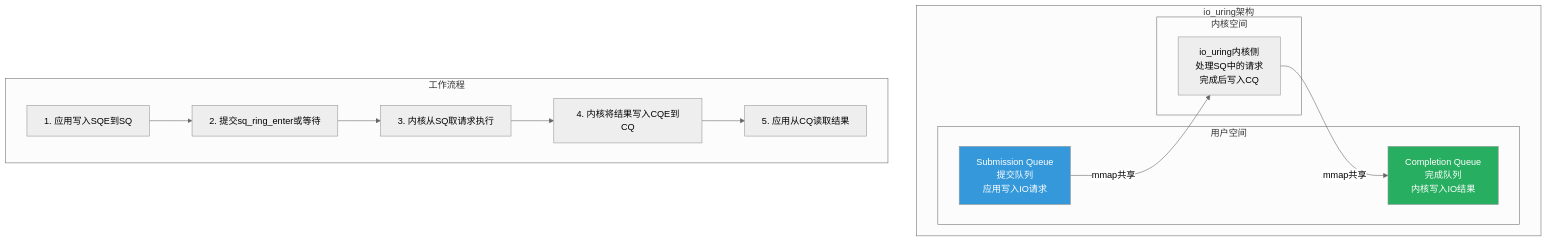
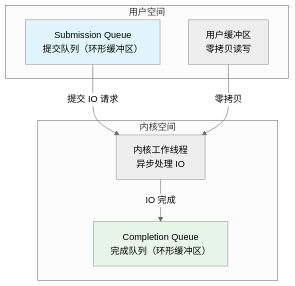
One commit to moklgydocs/moklgydocs.github.io changed diagram 12 of 13 in src/Linux/06_内核级/03_文件系统原理.md. Above: the diagram before and after it, drawn with Mermaid (neutral theme). The commit also changed other lines of this file and 14 other files, not shown here.

````diff
--- a/src/Linux/06_内核级/03_文件系统原理.md
+++ b/src/Linux/06_内核级/03_文件系统原理.md
@@ -878,26 +891,19 @@
 ```mermaid
-flowchart TD
-    subgraph io_uring架构
-        subgraph 用户空间
-            SQ[Submission Queue<br/>提交队列<br/>应用写入IO请求]
-            CQ[Completion Queue<br/>完成队列<br/>内核写入IO结果]
-        end
-
-        subgraph 内核空间
-            K[io_uring内核侧<br/>处理SQ中的请求<br/>完成后写入CQ]
-        end
-
-        SQ -->|mmap共享| K
-        K -->|mmap共享| CQ
+flowchart TB
+    subgraph 用户空间
+        SQ["Submission Queue<br>提交队列（环形缓冲区）"]
+        UBUF["用户缓冲区<br>零拷贝读写"]
     end
 
-    subgraph 工作流程
-        A1[1. 应用写入SQE到SQ] --> A2[2. 提交sq_ring_enter或等待]
-        A2 --> A3[3. 内核从SQ取请求执行]
-        A3 --> A4[4. 内核将结果写入CQE到CQ]
-        A4 --> A5[5. 应用从CQ读取结果]
+    subgraph 内核空间
+        CQ["Completion Queue<br>完成队列（环形缓冲区）"]
+        KWORK["内核工作线程<br>异步处理 IO"]
     end
 
-    style SQ fill:#3498db,color:#fff
-    style CQ fill:#27ae60,color:#fff
+    SQ -->|"提交 IO 请求"| KWORK
+    KWORK -->|"IO 完成"| CQ
+    UBUF -->|"零拷贝"| KWORK
+
+    style SQ fill:#e1f5fe
+    style CQ fill:#e8f5e9
 ```
````
